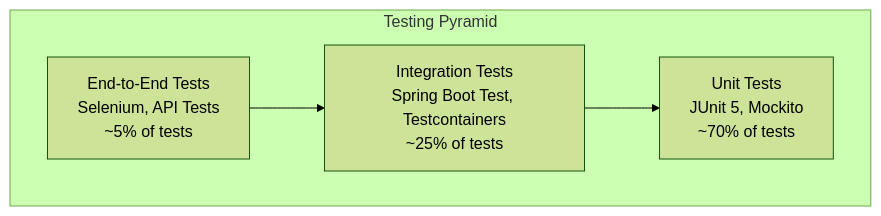
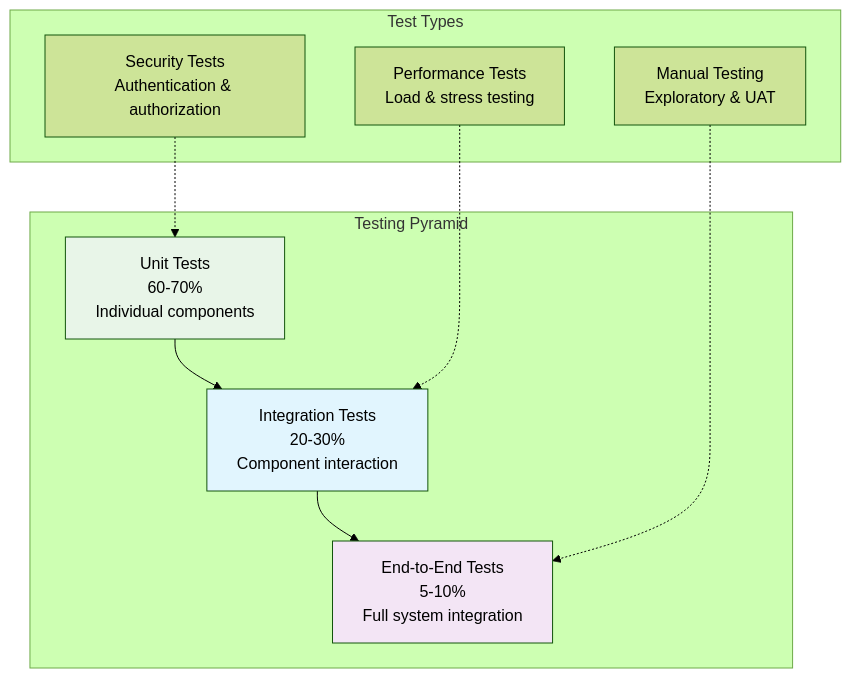
The diagram in docs/development/testing/overview.md (flamingo-stack/openframe-oss-lib), drawn with Mermaid (forest theme) before and after one commit. The commit also changed other lines of this file and 12 other files, not shown here.

````diff
--- a/docs/development/testing/overview.md
+++ b/docs/development/testing/overview.md
@@ -11,11 +16,25 @@
 ```mermaid
-graph TB
+graph TD
     subgraph "Testing Pyramid"
-        E2E[End-to-End Tests<br/>Selenium, API Tests<br/>~5% of tests]
-        INTEGRATION[Integration Tests<br/>Spring Boot Test, Testcontainers<br/>~25% of tests]
-        UNIT[Unit Tests<br/>JUnit 5, Mockito<br/>~70% of tests]
+        E2E["End-to-End Tests<br/>5-10%<br/>Full system integration"]
+        Integration["Integration Tests<br/>20-30%<br/>Component interaction"]
+        Unit["Unit Tests<br/>60-70%<br/>Individual components"]
     end
     
-    E2E --> INTEGRATION
-    INTEGRATION --> UNIT
+    subgraph "Test Types"
+        Manual["Manual Testing<br/>Exploratory & UAT"]
+        Perf["Performance Tests<br/>Load & stress testing"]
+        Security["Security Tests<br/>Authentication & authorization"]
+    end
+    
+    Unit --> Integration
+    Integration --> E2E
+    
+    Manual -.-> E2E
+    Perf -.-> Integration
+    Security -.-> Unit
+    
+    style Unit fill:#e8f5e8
+    style Integration fill:#e1f5fe
+    style E2E fill:#f3e5f5
 ```
````
